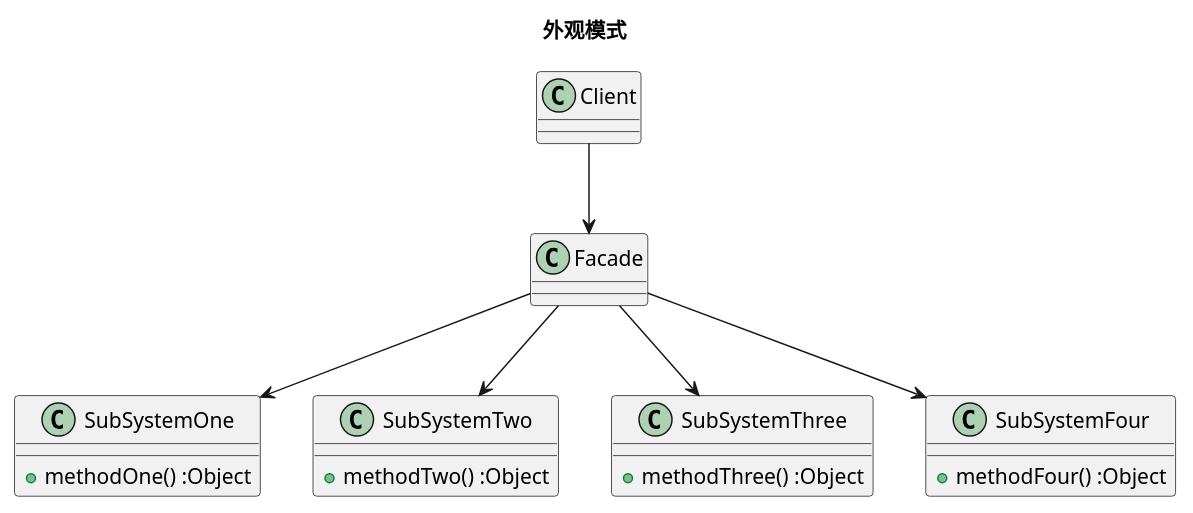
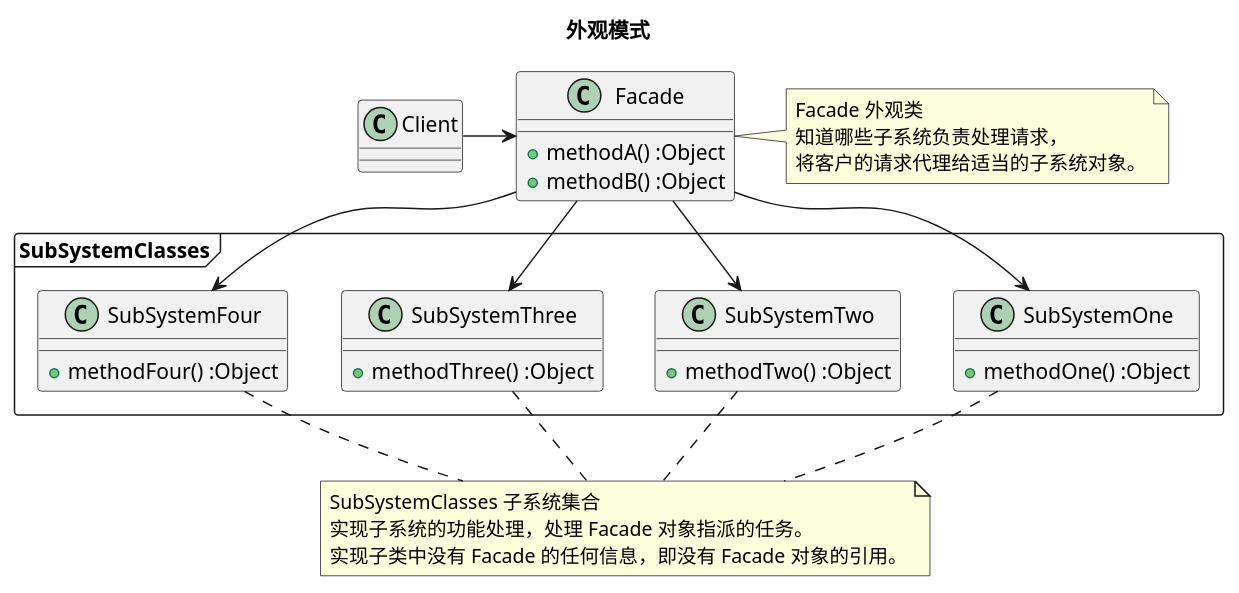
One commit to diguage/deep-in-design-patterns changed the diagram in puml/facade.puml. Above: the diagram before and after it, drawn with PlantUML. The commit also changed 9 other files, not shown here.

```diff
--- a/puml/facade.puml
+++ b/puml/facade.puml
@@ -1,34 +1,43 @@
 @startuml
 
 title <b>外观模式</b>
 
 class Client {
 }
 
 class Facade {
+  + methodA() :Object
+  + methodB() :Object
+}
+note right: Facade 外观类\n知道哪些子系统负责处理请求，\n将客户的请求代理给适当的子系统对象。
 
+package SubSystemClasses <<Frame>> {
+  class SubSystemOne {
+    + methodOne() :Object
+  }
+
+  class SubSystemTwo {
+    + methodTwo() :Object
+  }
+
+  class SubSystemThree {
+    + methodThree() :Object
+  }
+
+  class SubSystemFour {
+    + methodFour() :Object
+  }
 }
+note "SubSystemClasses 子系统集合\n实现子系统的功能处理，处理 Facade 对象指派的任务。\n实现子类中没有 Facade 的任何信息，即没有 Facade 对象的引用。" as ssn
+SubSystemOne .. ssn
+SubSystemTwo .. ssn
+SubSystemThree .. ssn
+SubSystemFour .. ssn
 
-class SubSystemOne {
-  + methodOne() :Object
-}
-
-class SubSystemTwo {
-  + methodTwo() :Object
-}
-
-class SubSystemThree {
-  + methodThree() :Object
-}
-
-class SubSystemFour {
-  + methodFour() :Object
-}
-
-Client --> Facade
+Client -right-> Facade
 Facade --> SubSystemOne
 Facade --> SubSystemTwo
 Facade --> SubSystemThree
 Facade --> SubSystemFour
 
 @enduml
```
